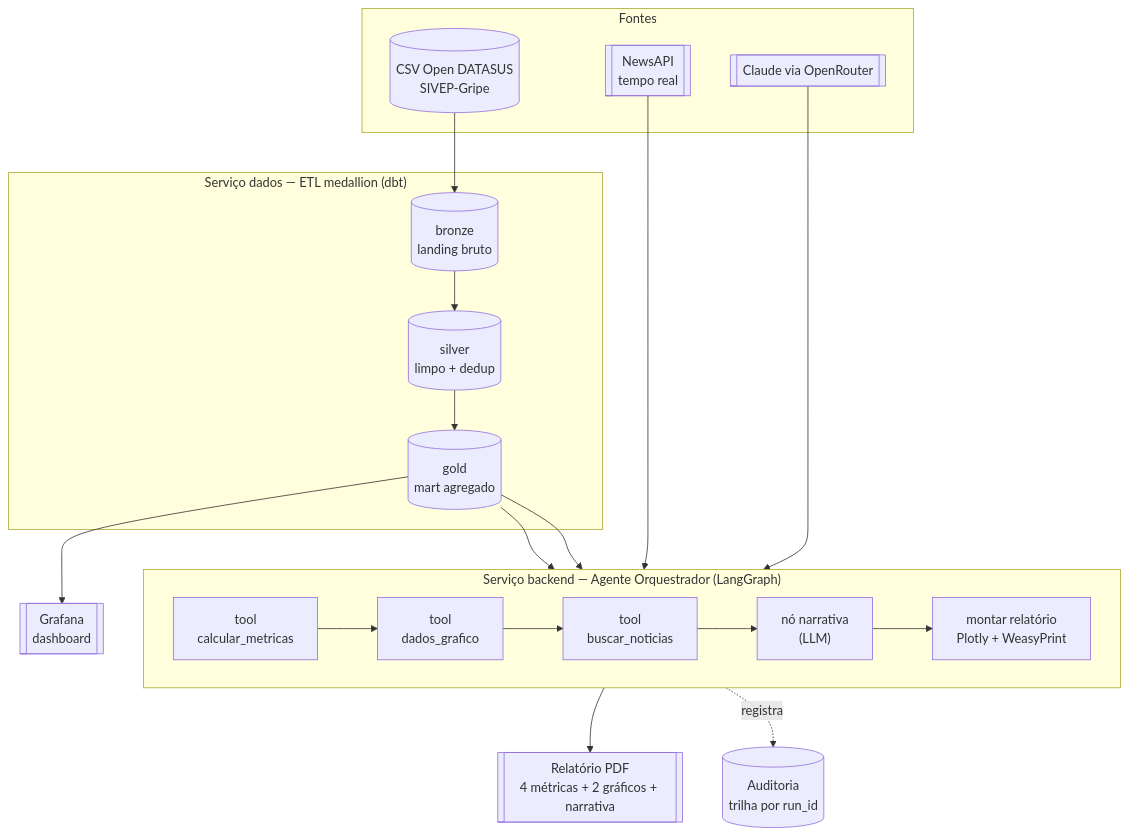
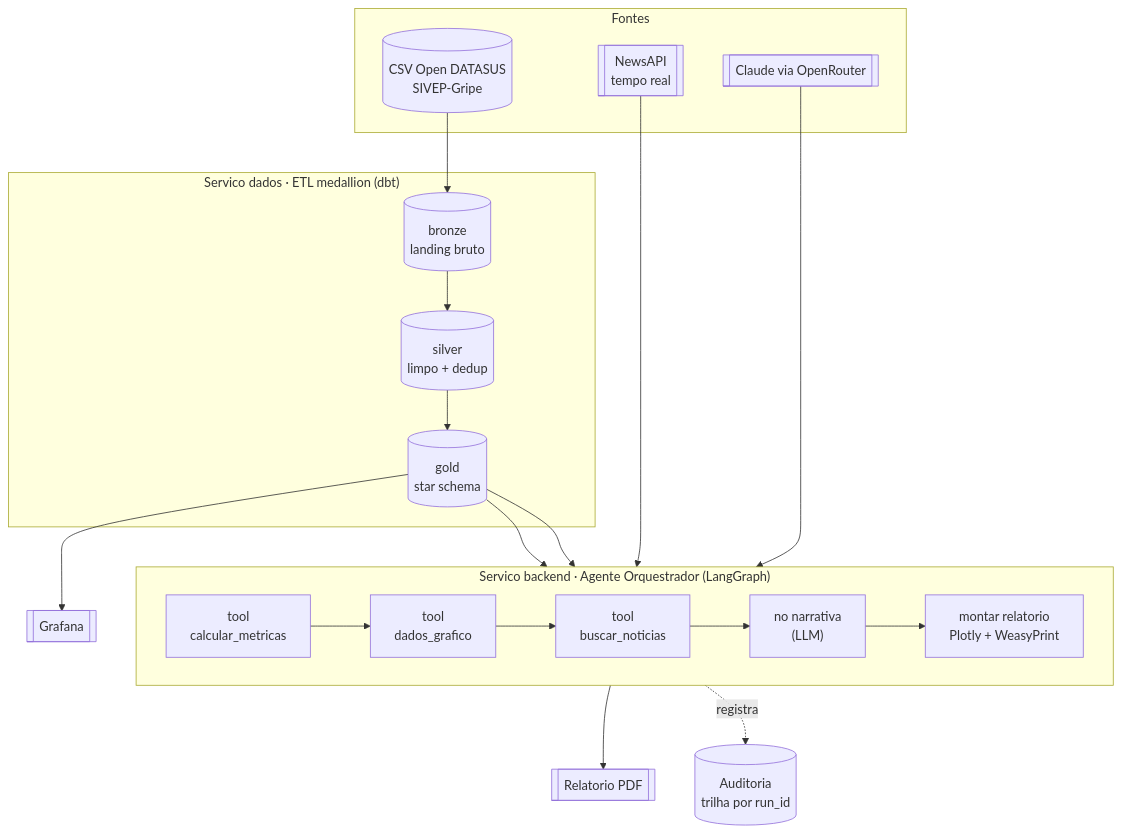
One commit to Gxaite/Desafio-GenAI changed the diagram in README.md. Above: the diagram before and after it, drawn with Mermaid. The commit also changed other lines of this file, not shown here.

````diff
--- a/README.md
+++ b/README.md
@@ -28,35 +74,31 @@
 ```mermaid
 flowchart TD
     subgraph fontes["Fontes"]
         CSV[("CSV Open DATASUS<br/>SIVEP-Gripe")]
         NEWS[["NewsAPI<br/>tempo real"]]
         LLM[["Claude via OpenRouter"]]
     end
-
-    subgraph dados["Serviço dados — ETL medallion (dbt)"]
+    subgraph dados["Servico dados · ETL medallion (dbt)"]
         BRONZE[("bronze<br/>landing bruto")]
         SILVER[("silver<br/>limpo + dedup")]
-        GOLD[("gold<br/>mart agregado")]
+        GOLD[("gold<br/>star schema")]
         CSV --> BRONZE --> SILVER --> GOLD
     end
-
-    subgraph backend["Serviço backend — Agente Orquestrador (LangGraph)"]
+    subgraph backend["Servico backend · Agente Orquestrador (LangGraph)"]
         direction LR
         T1["tool<br/>calcular_metricas"]
         T2["tool<br/>dados_grafico"]
         T3["tool<br/>buscar_noticias"]
-        NARR["nó narrativa<br/>(LLM)"]
-        REL["montar relatório<br/>Plotly + WeasyPrint"]
+        NARR["no narrativa<br/>(LLM)"]
+        REL["montar relatorio<br/>Plotly + WeasyPrint"]
         T1 --> T2 --> T3 --> NARR --> REL
     end
-
     GOLD --> T1
     GOLD --> T2
     NEWS --> T3
     LLM --> NARR
-    REL --> PDF[["Relatório PDF<br/>4 métricas + 2 gráficos + narrativa"]]
-    GOLD --> GRAFANA[["Grafana<br/>dashboard"]]
-
+    REL --> PDF[["Relatorio PDF"]]
+    GOLD --> GRAFANA[["Grafana"]]
     AUDIT[("Auditoria<br/>trilha por run_id")]
     backend -.registra.-> AUDIT
 ```
````
